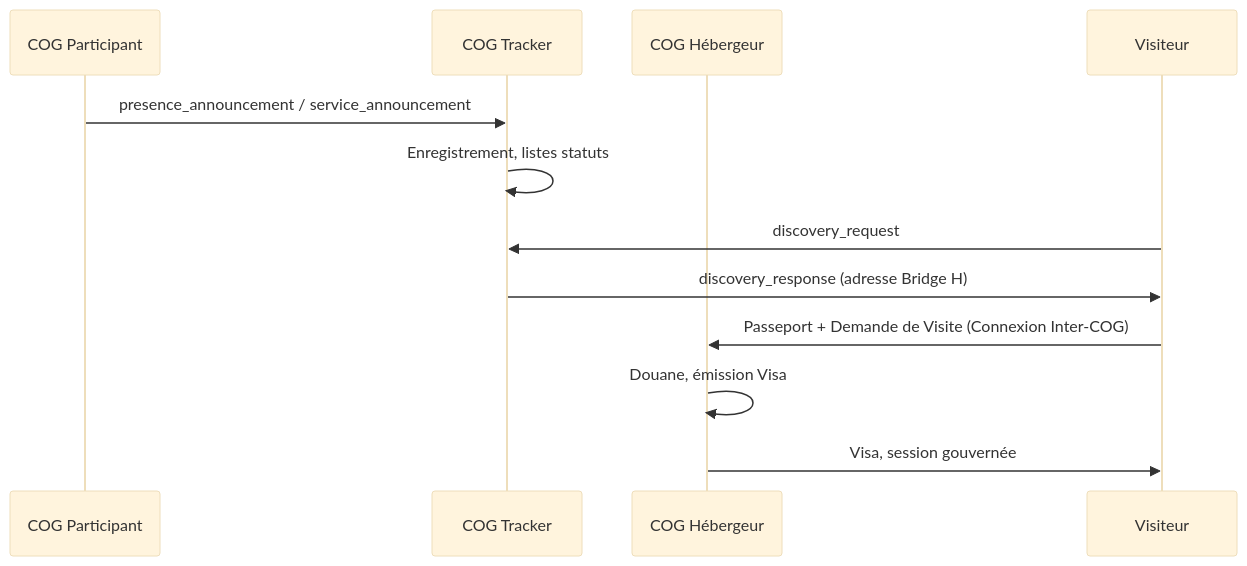
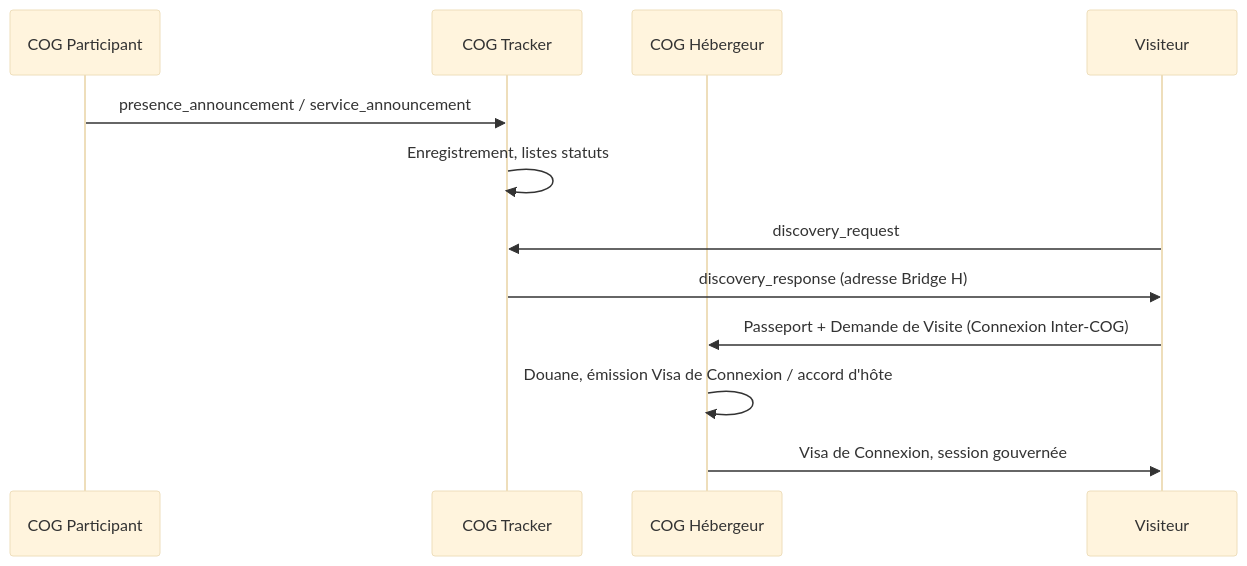
The first of 3 diagrams in docs/reference/Miyukini Conceptual References - Miyukini Webway System Complet.md (StudioMiyukini/miyukini_cog), drawn with Mermaid (base theme) before and after one commit. The commit also changed other lines of this file and 109 other files, not shown here.

````diff
--- a/docs/reference/Miyukini Conceptual References - Miyukini Webway System Complet.md
+++ b/docs/reference/Miyukini Conceptual References - Miyukini Webway System Complet.md
@@ -170,15 +170,15 @@
 ```mermaid
 sequenceDiagram
     participant P as COG Participant
     participant T as COG Tracker
     participant H as COG Hébergeur
     participant V as Visiteur
 
     P->>T: presence_announcement / service_announcement
     T->>T: Enregistrement, listes statuts
     V->>T: discovery_request
     T->>V: discovery_response (adresse Bridge H)
     V->>H: Passeport + Demande de Visite (Connexion Inter-COG)
-    H->>H: Douane, émission Visa
-    H->>V: Visa, session gouvernée
+    H->>H: Douane, émission Visa de Connexion / accord d'hôte
+    H->>V: Visa de Connexion, session gouvernée
 ```
````
